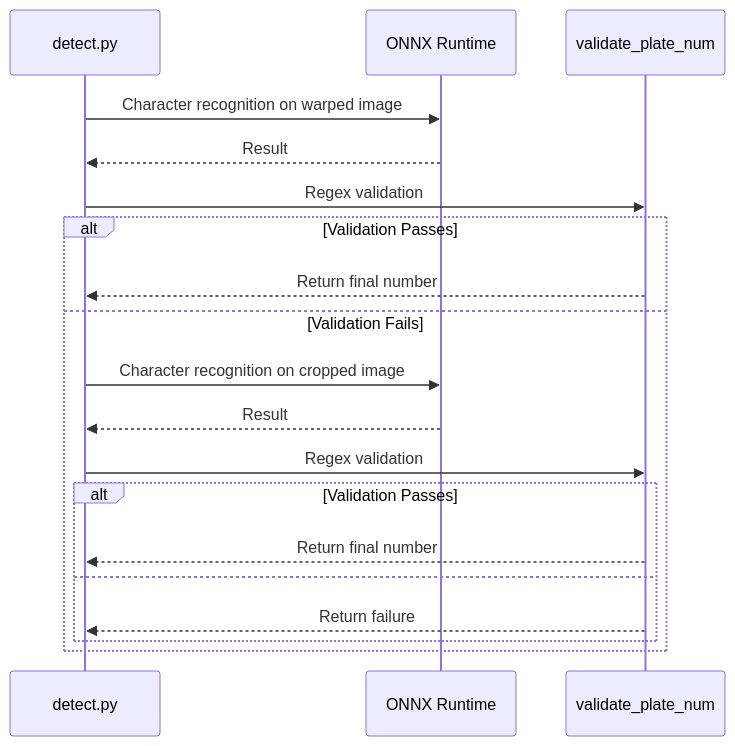
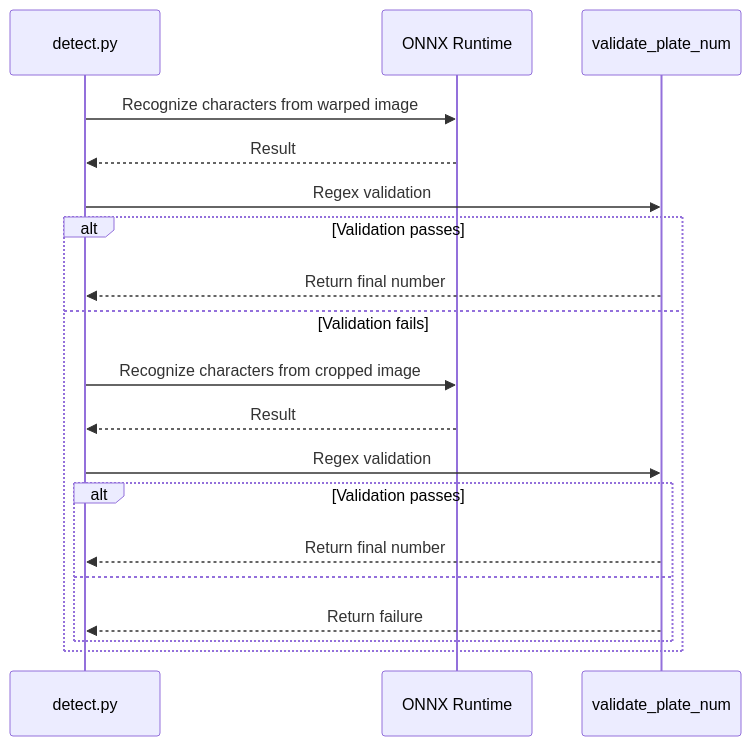
One commit to mandacode-labs/mandacode-devs changed the second of 2 diagrams in src/content/blog/en/korean-license-plate-deep-dive.md. Above: the diagram before and after it, drawn with Mermaid. The commit also changed other lines of this file and 11 other files, not shown here.

````diff
--- a/src/content/blog/en/korean-license-plate-deep-dive.md
+++ b/src/content/blog/en/korean-license-plate-deep-dive.md
@@ -98,23 +98,23 @@
 ```mermaid
 sequenceDiagram
     participant Detect as detect.py
     participant ONNX as ONNX Runtime
     participant Validate as validate_plate_num
 
-    Detect->>ONNX: Character recognition on warped image
+    Detect->>ONNX: Recognize characters from warped image
     ONNX-->>Detect: Result
     Detect->>Validate: Regex validation
 
-    alt Validation Passes
+    alt Validation passes
         Validate-->>Detect: Return final number
-    else Validation Fails
-        Detect->>ONNX: Character recognition on cropped image
+    else Validation fails
+        Detect->>ONNX: Recognize characters from cropped image
         ONNX-->>Detect: Result
         Detect->>Validate: Regex validation
-        alt Validation Passes
+        alt Validation passes
             Validate-->>Detect: Return final number
         else
             Validate-->>Detect: Return failure
         end
     end
 ```
````
